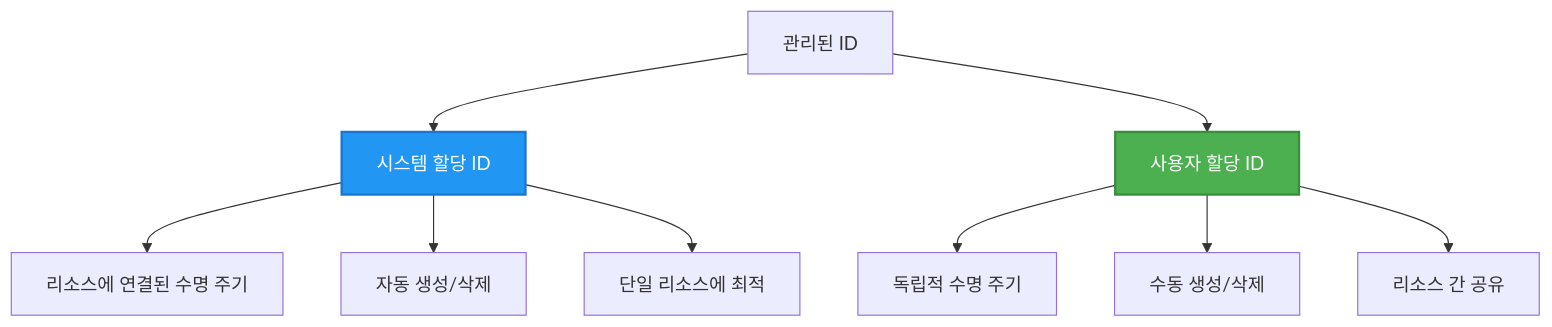
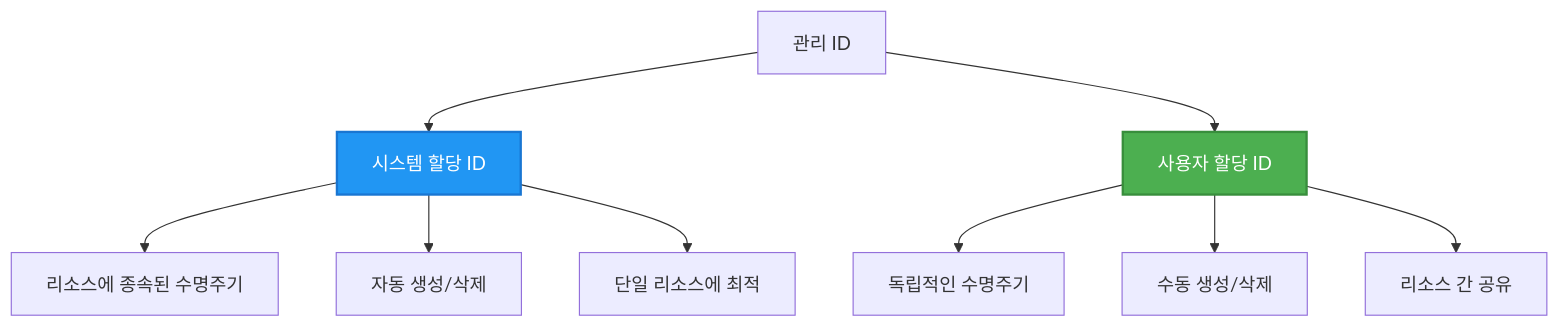
One commit to microsoft/AZD-for-beginners changed the second of 2 diagrams in translations/ko/docs/chapter-03-configuration/authsecurity.md. Above: the diagram before and after it, drawn with Mermaid. The commit also changed other lines of this file and 104 other files, not shown here.

````diff
--- a/translations/ko/docs/chapter-03-configuration/authsecurity.md
+++ b/translations/ko/docs/chapter-03-configuration/authsecurity.md
@@ -97,20 +98,20 @@
 ```mermaid
 graph TB
-    MI[관리된 ID]
+    MI[관리 ID]
     SystemAssigned[시스템 할당 ID]
     UserAssigned[사용자 할당 ID]
     
     MI --> SystemAssigned
     MI --> UserAssigned
     
-    SystemAssigned --> SA1[리소스에 연결된 수명 주기]
+    SystemAssigned --> SA1[리소스에 종속된 수명주기]
     SystemAssigned --> SA2[자동 생성/삭제]
     SystemAssigned --> SA3[단일 리소스에 최적]
     
-    UserAssigned --> UA1[독립적 수명 주기]
+    UserAssigned --> UA1[독립적인 수명주기]
     UserAssigned --> UA2[수동 생성/삭제]
     UserAssigned --> UA3[리소스 간 공유]
     
     style SystemAssigned fill:#2196F3,stroke:#1976D2,stroke-width:2px,color:#fff
     style UserAssigned fill:#4CAF50,stroke:#388E3C,stroke-width:2px,color:#fff
 ```
````
